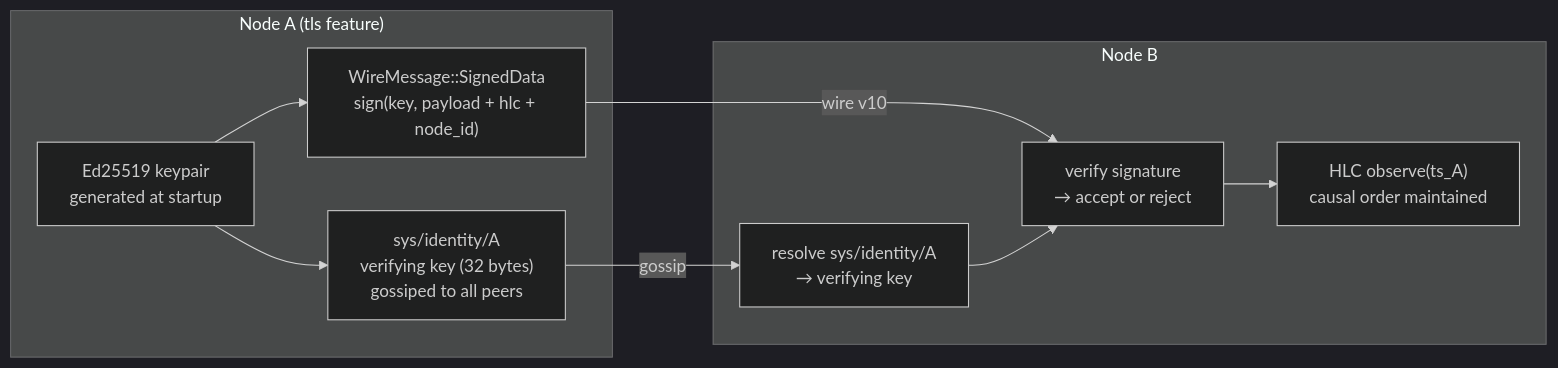
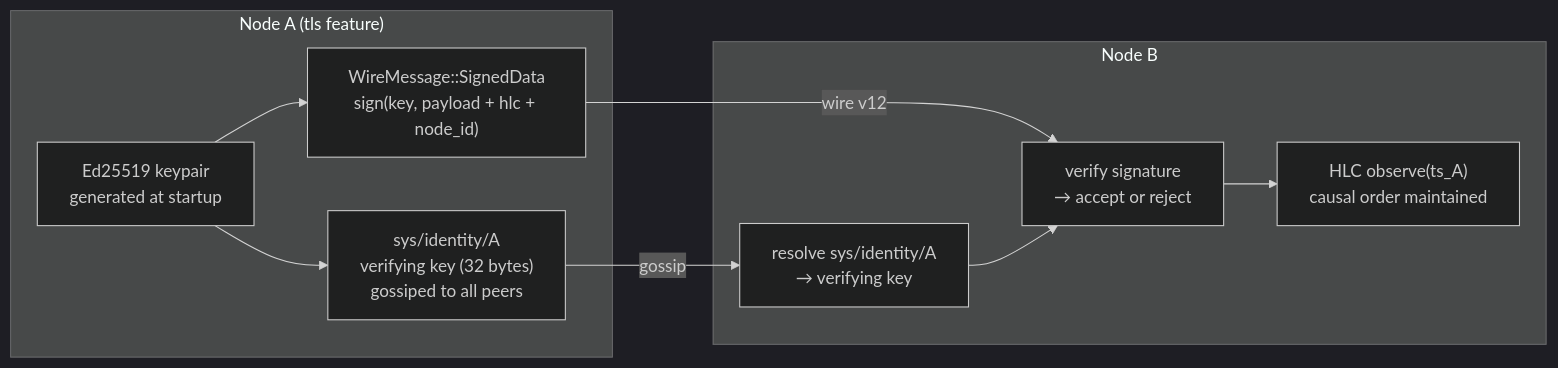
The diagram in docs/guide/09-security.md (RichardEko/mycelium), drawn with Mermaid (dark theme) before and after one commit. The commit also changed 2 other files, not shown here.

````diff
--- a/docs/guide/09-security.md
+++ b/docs/guide/09-security.md
@@ -16,21 +16,21 @@
 ```mermaid
 graph LR
     subgraph "Node A (tls feature)"
         KP["Ed25519 keypair<br/>generated at startup"]
         ID["sys/identity/A<br/>verifying key (32 bytes)<br/>gossiped to all peers"]
         SIGN["WireMessage::SignedData<br/>sign(key, payload + hlc + node_id)"]
     end
 
     subgraph "Node B"
         VK["resolve sys/identity/A<br/>→ verifying key"]
         VER["verify signature<br/>→ accept or reject"]
         HLC["HLC observe(ts_A)<br/>causal order maintained"]
     end
 
     KP --> SIGN
     KP --> ID
     ID -->|gossip| VK
-    SIGN -->|wire v10| VER
+    SIGN -->|wire v12| VER
     VK --> VER
     VER --> HLC
 ```
````
